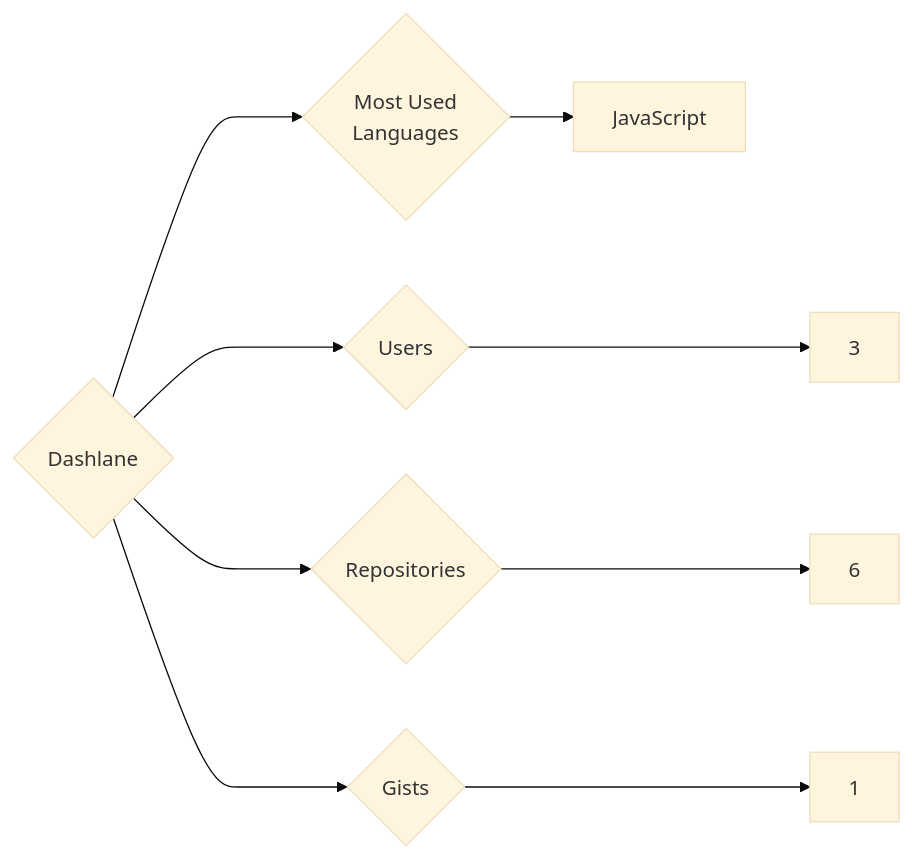
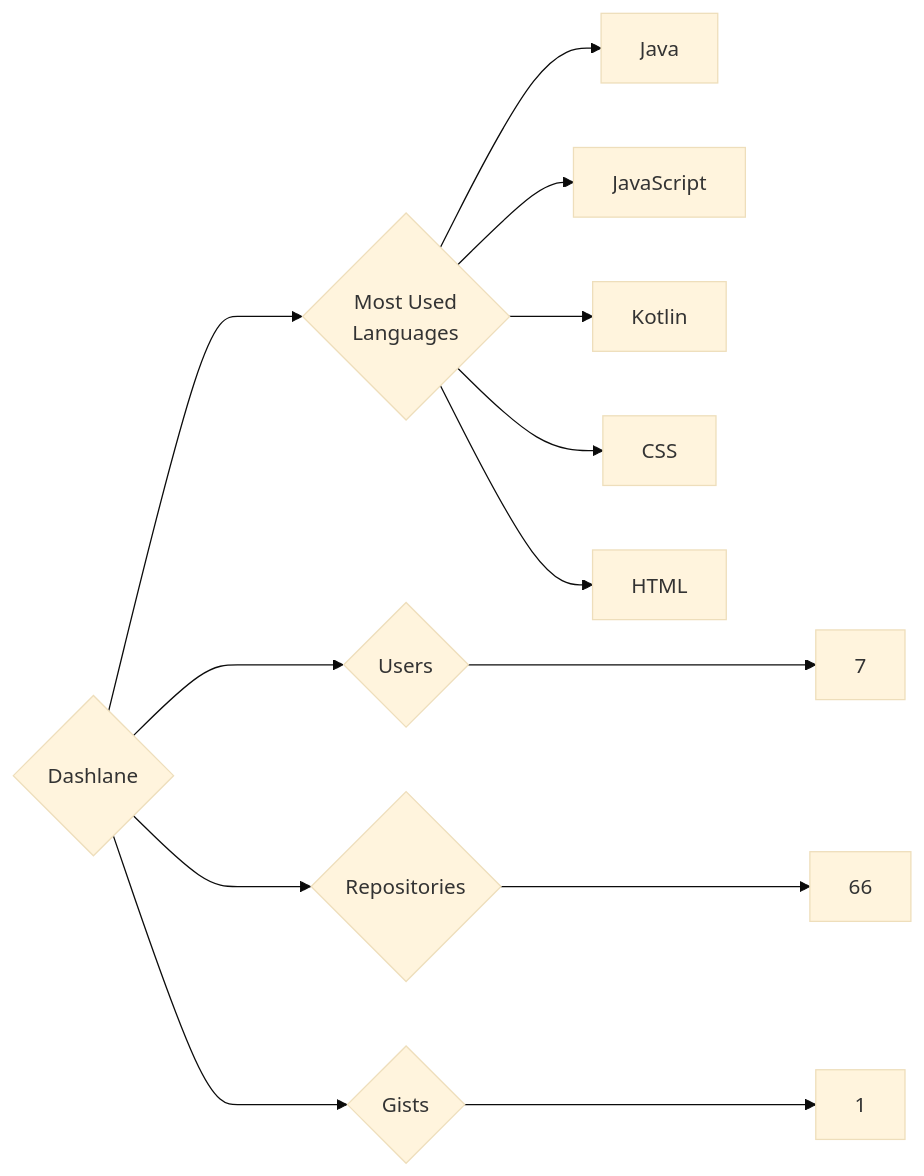
Before and after one commit to trickest/insiders: the diagram in targets/Dashlane/README.md, drawn with Mermaid (base theme). The commit also changed 1003 other files, not shown here.

````diff
--- a/targets/Dashlane/README.md
+++ b/targets/Dashlane/README.md
@@ -3,9 +3,13 @@
 ```mermaid
 graph LR
 COMPANY_NAME{Dashlane}
-COMPANY_NAME ---> U{Users} ---> UN[3]
-COMPANY_NAME ---> R{Repositories} ---> RN[6]
+COMPANY_NAME ---> U{Users} ---> UN[7]
+COMPANY_NAME ---> R{Repositories} ---> RN[66]
 COMPANY_NAME ---> G{Gists} ---> GN[1]
 COMPANY_NAME ---> ML{Most Used<br>Languages}
+ML --> Java[Java]
 ML --> JavaScript[JavaScript]
+ML --> Kotlin[Kotlin]
+ML --> CSS[CSS]
+ML --> HTML[HTML]
 ```
````
